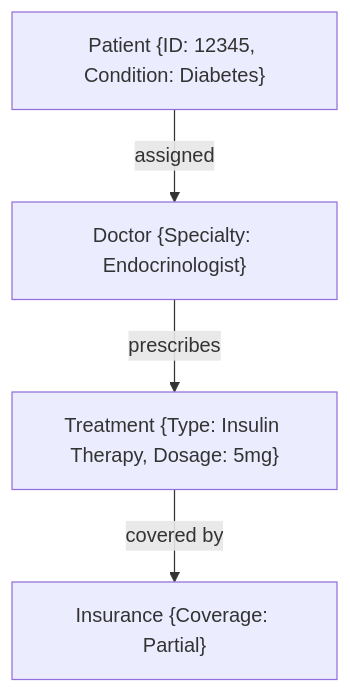
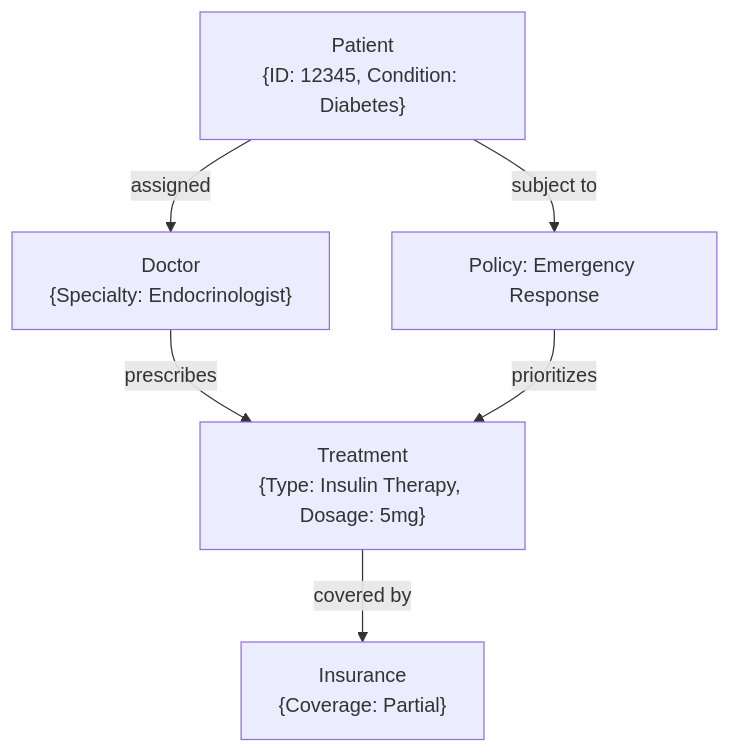
One commit to TheGuyFromTheApprentice/ActiveGraphNetworks changed the fourth of 12 diagrams in README.md. Above: the diagram before and after it, drawn with Mermaid. The commit also changed other lines of this file, not shown here.

````diff
--- a/README.md
+++ b/README.md
@@ -87,10 +103,14 @@
 ```mermaid
-graph TD;
-    Patient["Patient {ID: 12345, Condition: Diabetes}"]
-    Treatment["Treatment {Type: Insulin Therapy, Dosage: 5mg}"]
-    Doctor["Doctor {Specialty: Endocrinologist}"]
-    Insurance["Insurance {Coverage: Partial}"]
+graph TD
+    Patient["Patient\n{ID: 12345, Condition: Diabetes}"]
+    Treatment["Treatment\n{Type: Insulin Therapy, Dosage: 5mg}"]
+    Doctor["Doctor\n{Specialty: Endocrinologist}"]
+    Insurance["Insurance\n{Coverage: Partial}"]
+    Policy["Policy: Emergency Response"]
+    
     Patient -->|assigned| Doctor
     Doctor -->|prescribes| Treatment
     Treatment -->|covered by| Insurance
+    Patient -->|subject to| Policy
+    Policy -->|prioritizes| Treatment
 ```
````
